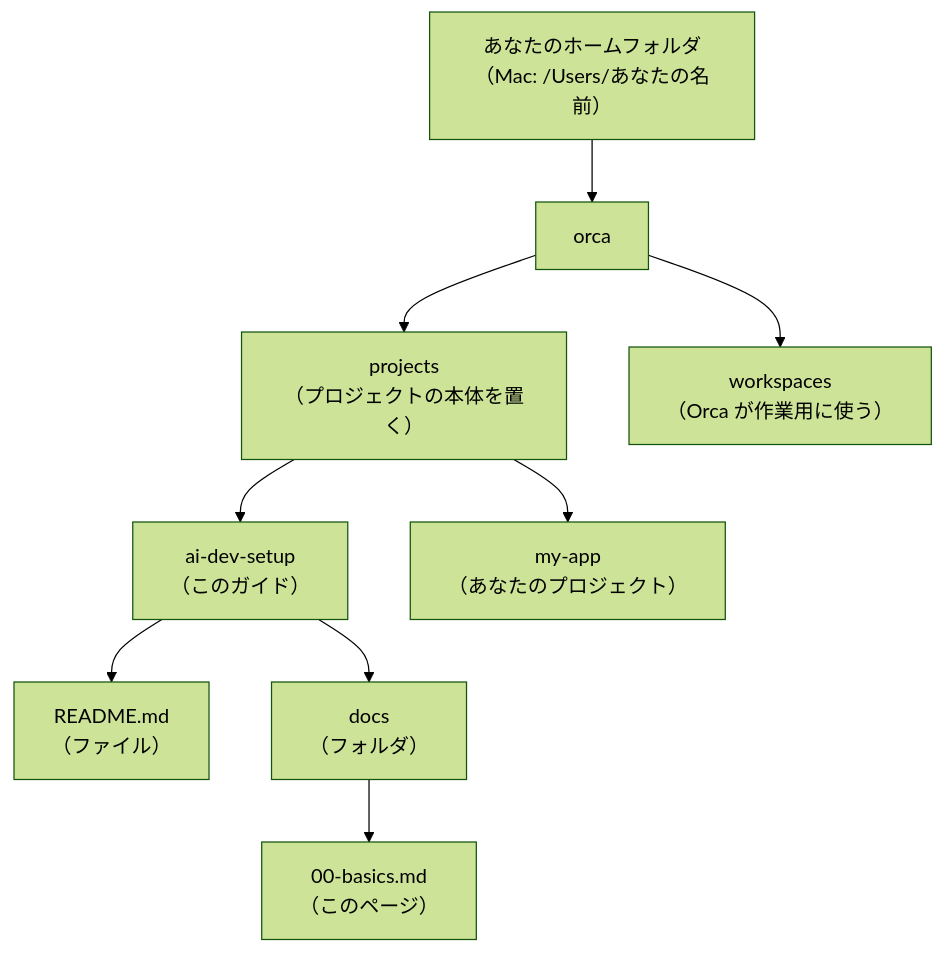
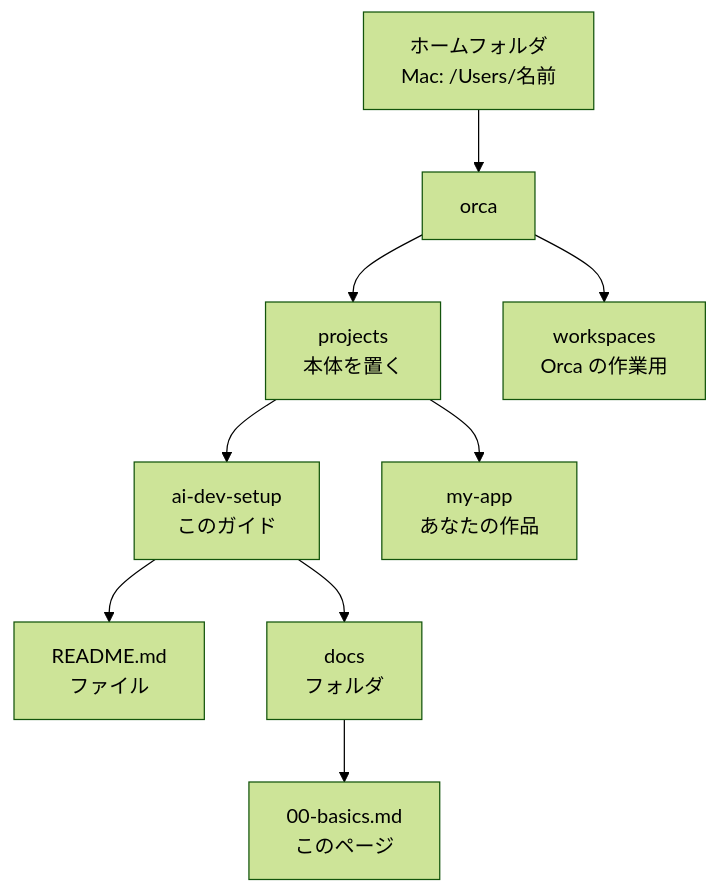
The first of 2 diagrams in docs/00-basics.md (fujitamasayoshi0402/ai-dev-setup), drawn with Mermaid (forest theme) before and after one commit. The commit also changed other lines of this file and 5 other files, not shown here.

First line of the commit message:
docs: 図を縦長のレイアウトにして、GitHub のボタンと重ならないように修正

````diff
--- a/docs/00-basics.md
+++ b/docs/00-basics.md
@@ -17,12 +17,12 @@
 ```mermaid
 flowchart TD
-    home["あなたのホームフォルダ<br>（Mac: /Users/あなたの名前）"]
+    home["ホームフォルダ<br>Mac: /Users/名前"]
     home --> orca["orca"]
-    orca --> projects["projects<br>（プロジェクトの本体を置く）"]
-    orca --> workspaces["workspaces<br>（Orca が作業用に使う）"]
-    projects --> guide["ai-dev-setup<br>（このガイド）"]
-    projects --> app["my-app<br>（あなたのプロジェクト）"]
-    guide --> readme["README.md<br>（ファイル）"]
-    guide --> docs["docs<br>（フォルダ）"]
-    docs --> page["00-basics.md<br>（このページ）"]
+    orca --> projects["projects<br>本体を置く"]
+    orca --> workspaces["workspaces<br>Orca の作業用"]
+    projects --> guide["ai-dev-setup<br>このガイド"]
+    projects --> app["my-app<br>あなたの作品"]
+    guide --> readme["README.md<br>ファイル"]
+    guide --> docs["docs<br>フォルダ"]
+    docs --> page["00-basics.md<br>このページ"]
 ```
````
